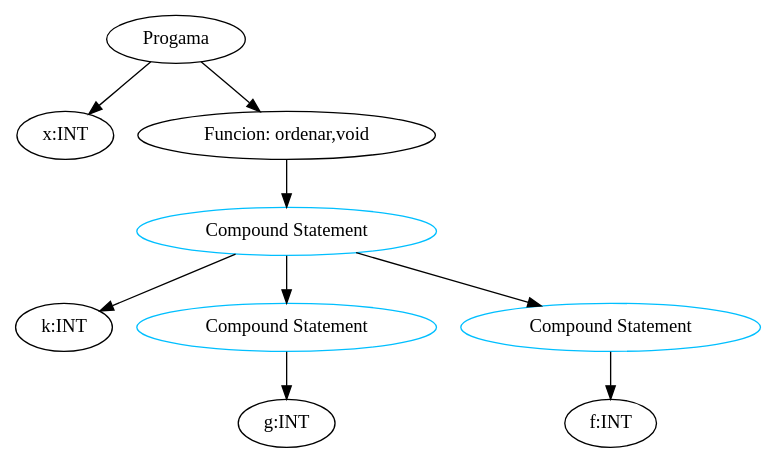
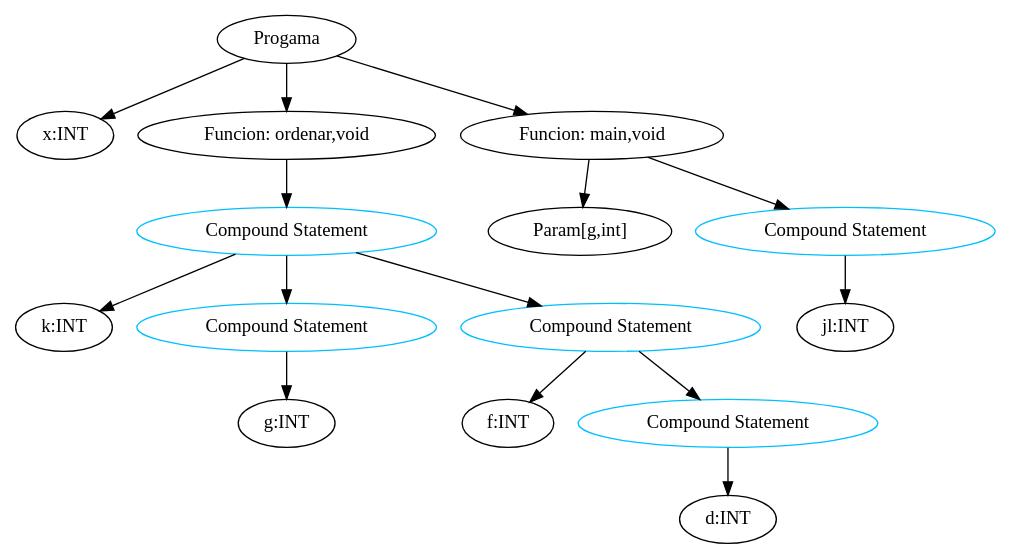
One commit to ComoSiempre/Compilador_T3 changed the diagram in Compilador/cod_1.dot. Above: the diagram before and after it, drawn with Graphviz. The commit also changed 7 other files, not shown here.

```diff
--- a/Compilador/cod_1.dot
+++ b/Compilador/cod_1.dot
@@ -1,19 +1,31 @@
 digraph G { 
 "nodo0"[label="Progama"]; 
 "nodo1"[label="x:INT"]; 
 "nodo0"->"nodo1"; 
 "nodo2"[label="Funcion: ordenar,void"]; 
 "nodo0"->"nodo2"; 
 "nodo3"[label="Compound Statement", color=deepskyblue]; 
 "nodo2"->"nodo3"; 
 "nodo4"[label="k:INT"]; 
 "nodo3"->"nodo4"; 
 "nodo5"[label="Compound Statement", color=deepskyblue]; 
 "nodo3"->"nodo5"; 
 "nodo6"[label="g:INT"]; 
 "nodo5"->"nodo6"; 
 "nodo7"[label="Compound Statement", color=deepskyblue]; 
 "nodo3"->"nodo7"; 
 "nodo8"[label="f:INT"]; 
 "nodo7"->"nodo8"; 
+"nodo9"[label="Compound Statement", color=deepskyblue]; 
+"nodo7"->"nodo9"; 
+"nodo10"[label="d:INT"]; 
+"nodo9"->"nodo10"; 
+"nodo11"[label="Funcion: main,void"]; 
+"nodo0"->"nodo11"; 
+"nodo12"[label="Param[g,int]"]; 
+"nodo11"->"nodo12"; 
+"nodo13"[label="Compound Statement", color=deepskyblue]; 
+"nodo11"->"nodo13"; 
+"nodo14"[label="jl:INT"]; 
+"nodo13"->"nodo14"; 
 }
```
